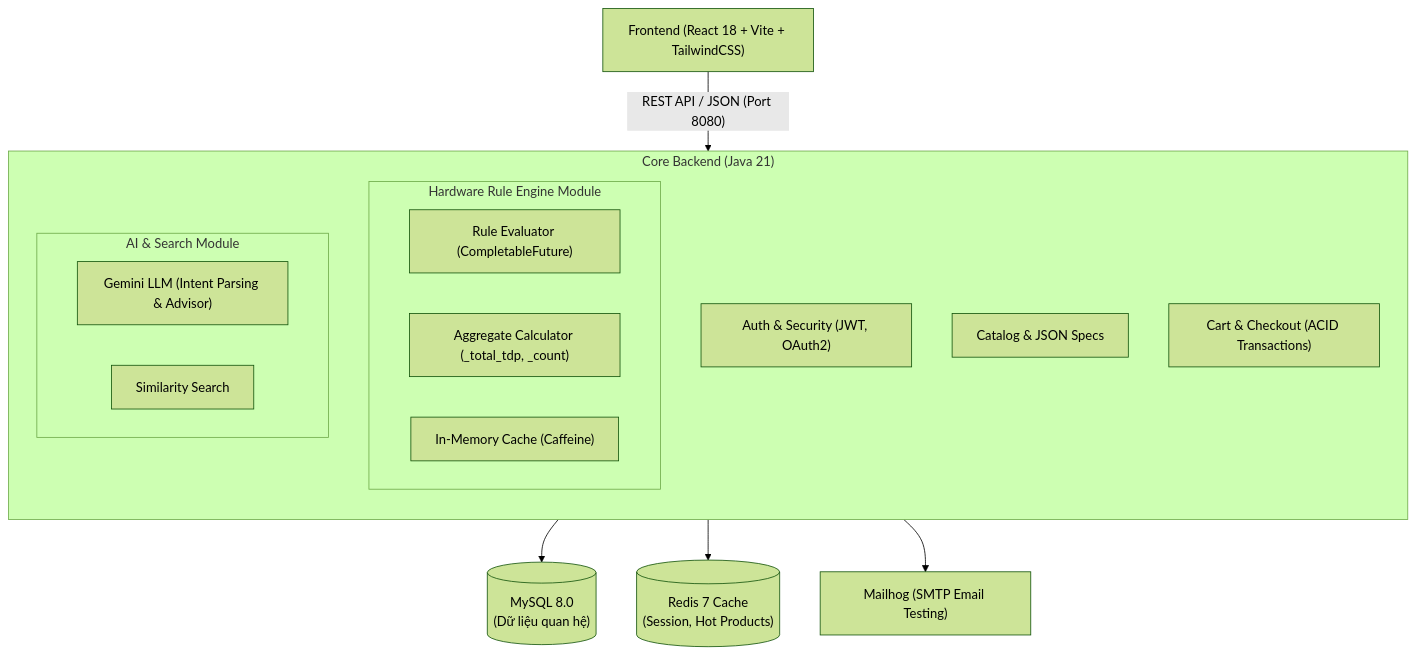
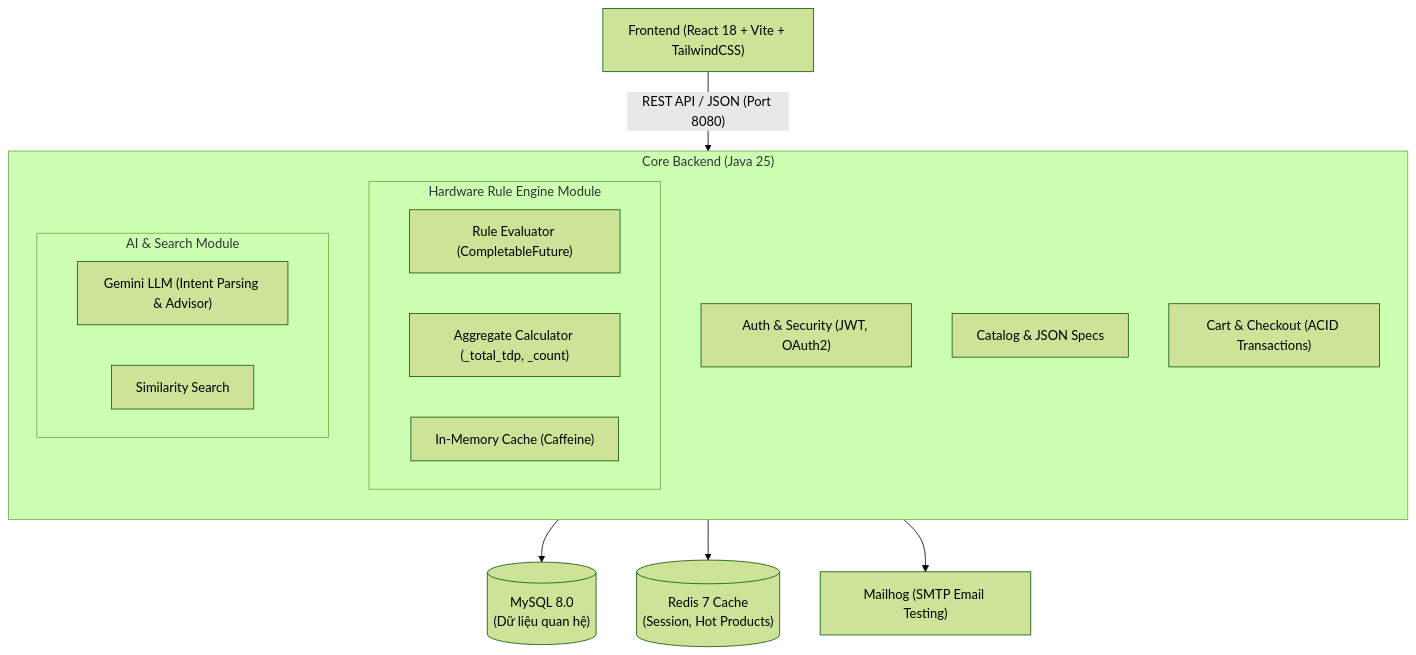
The diagram in README.md (bankientapcode-1410/9h53), drawn with Mermaid (forest theme) before and after one commit. The commit also changed other lines of this file and 11 other files, not shown here.

````diff
--- a/README.md
+++ b/README.md
@@ -20,28 +20,28 @@
 ```mermaid
 flowchart TD
     Client["Frontend (React 18 + Vite + TailwindCSS)"]
     Client -->|"REST API / JSON (Port 8080)"| CoreBackend["Core Backend (Spring Boot Monolith)"]
     
-    subgraph CoreBackend ["Core Backend (Java 21)"]
+    subgraph CoreBackend ["Core Backend (Java 25)"]
         direction TB
         AuthModule["Auth & Security (JWT, OAuth2)"]
         CatalogModule["Catalog & JSON Specs"]
         
         subgraph RuleEngine ["Hardware Rule Engine Module"]
             Evaluator["Rule Evaluator (CompletableFuture)"]
             Aggregator["Aggregate Calculator (_total_tdp, _count)"]
             Cache["In-Memory Cache (Caffeine)"]
         end
 
         subgraph AIModule ["AI & Search Module"]
             GeminiClient["Gemini LLM (Intent Parsing & Advisor)"]
             VectorSearch["Similarity Search"]
         end
 
         OrderModule["Cart & Checkout (ACID Transactions)"]
     end
 
     CoreBackend --> MySQL[("MySQL 8.0\n(Dữ liệu quan hệ)")]
     CoreBackend --> Redis[("Redis 7 Cache\n(Session, Hot Products)")]
     CoreBackend --> Mailhog["Mailhog (SMTP Email Testing)"]
 ```
````
